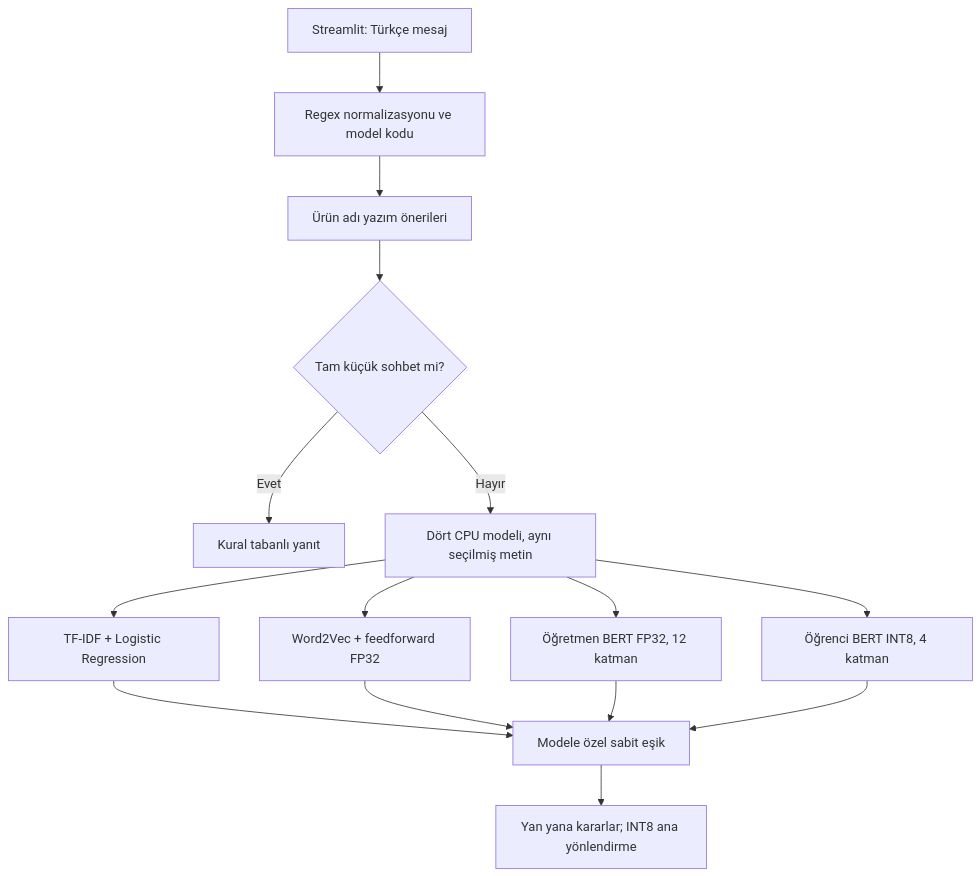
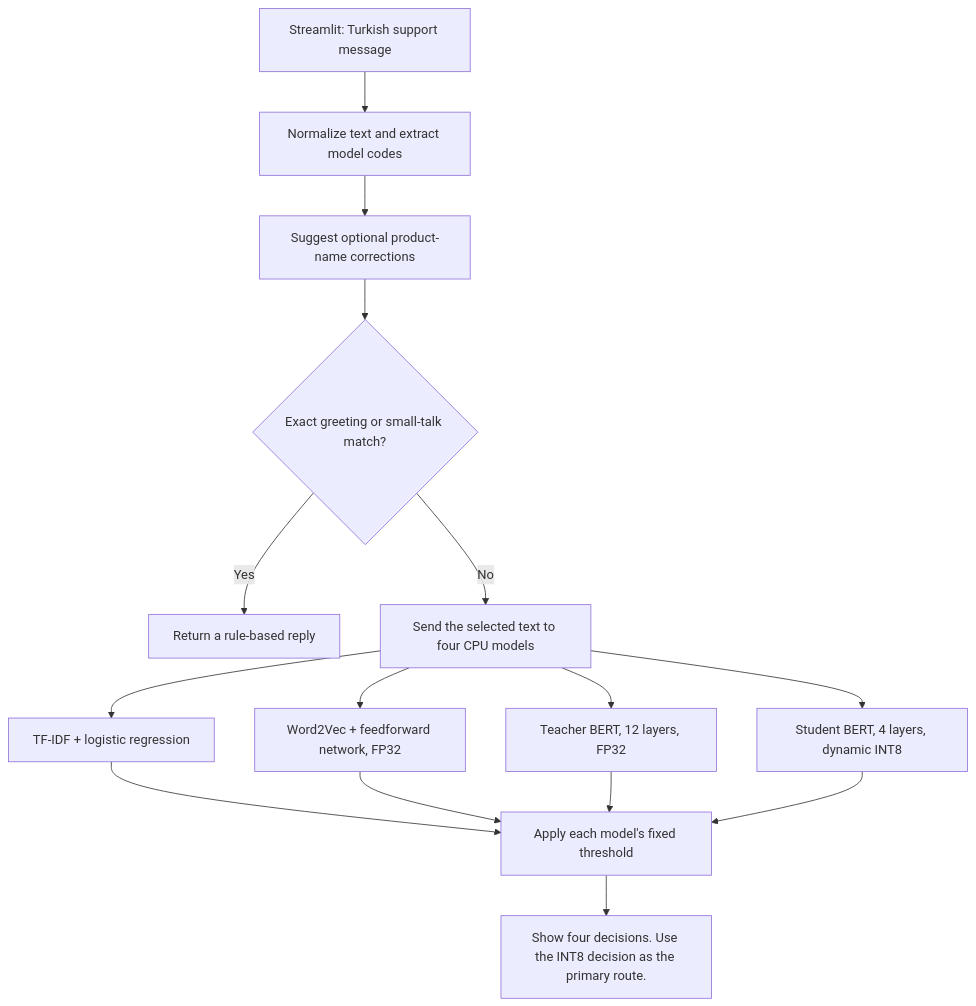
Before and after one commit to KudretCatal/cogniticket-route: the diagram in ARCHITECTURE.md, drawn with Mermaid. The commit also changed other lines of this file, not shown here.

Commit message:
Translate architecture and technique map to English

````diff
--- a/ARCHITECTURE.md
+++ b/ARCHITECTURE.md
@@ -10,17 +12,17 @@
 ```mermaid
 flowchart TD
-  U["Streamlit: Türkçe mesaj"] --> P["Regex normalizasyonu ve model kodu"]
-  P --> E["Ürün adı yazım önerileri"]
-  E --> G{"Tam küçük sohbet mi?"}
-  G -->|Evet| R["Kural tabanlı yanıt"]
-  G -->|Hayır| M["Dört CPU modeli, aynı seçilmiş metin"]
-  M --> B["TF-IDF + Logistic Regression"]
-  M --> N["Word2Vec + feedforward FP32"]
-  M --> T["Öğretmen BERT FP32, 12 katman"]
-  M --> Q["Öğrenci BERT INT8, 4 katman"]
-  B --> H["Modele özel sabit eşik"]
+  U["Streamlit: Turkish support message"] --> P["Normalize text and extract model codes"]
+  P --> E["Suggest optional product-name corrections"]
+  E --> G{"Exact greeting or small-talk match?"}
+  G -->|Yes| R["Return a rule-based reply"]
+  G -->|No| M["Send the selected text to four CPU models"]
+  M --> B["TF-IDF + logistic regression"]
+  M --> N["Word2Vec + feedforward network, FP32"]
+  M --> T["Teacher BERT, 12 layers, FP32"]
+  M --> Q["Student BERT, 4 layers, dynamic INT8"]
+  B --> H["Apply each model's fixed threshold"]
   N --> H
   T --> H
   Q --> H
-  H --> O["Yan yana kararlar; INT8 ana yönlendirme"]
+  H --> O["Show four decisions. Use the INT8 decision as the primary route."]
 ```
````
